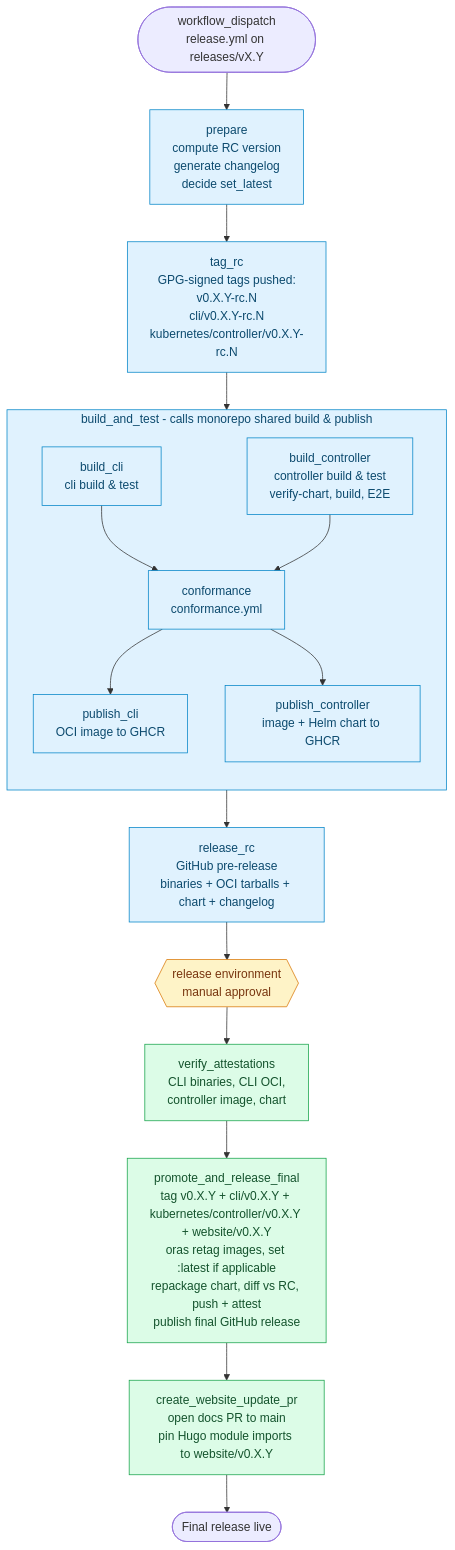
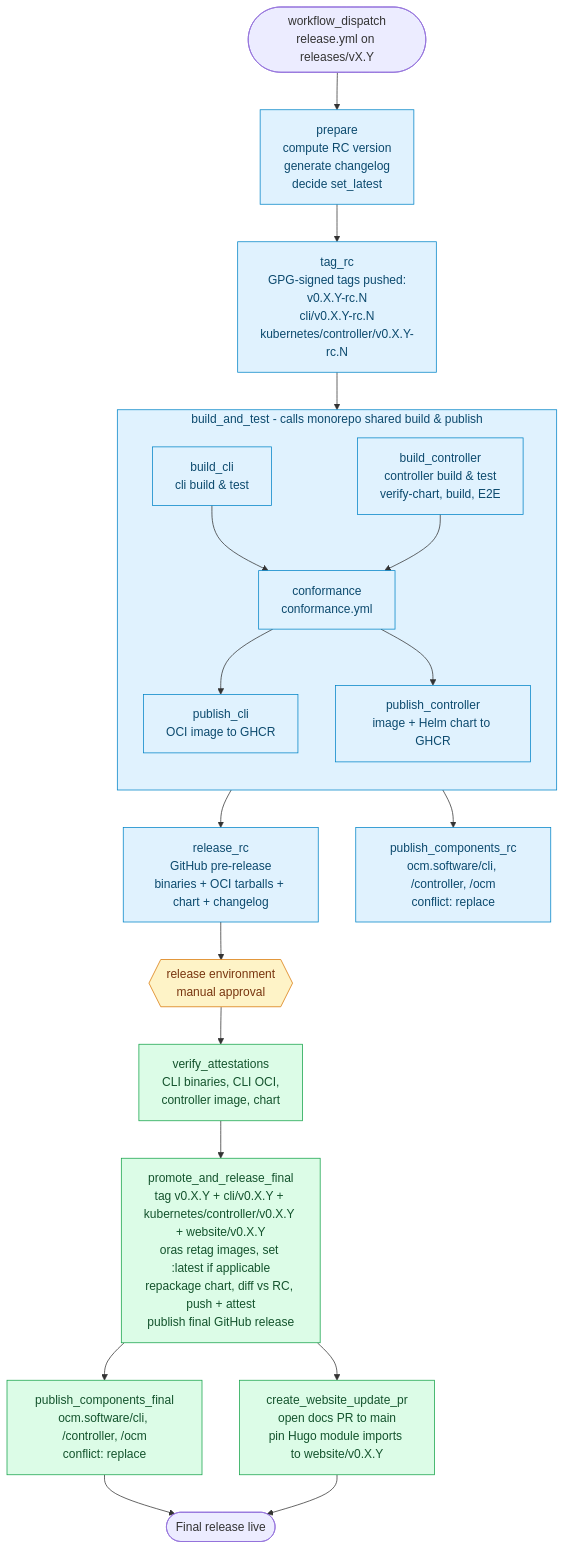
Before and after one commit to open-component-model/open-component-model: the second of 2 diagrams in RELEASE_PROCESS.md, drawn with Mermaid. The commit also changed other lines of this file and 3 other files, not shown here.

First line of the commit message:
feat(release): publish OCM component-versions for CLI, controller and product

````diff
--- a/RELEASE_PROCESS.md
+++ b/RELEASE_PROCESS.md
@@ -58,36 +58,39 @@
 ```mermaid
 flowchart TD
     Start([workflow_dispatch<br/>release.yml on releases/vX.Y])
     Start --> Prepare[prepare<br/>compute RC version<br/>generate changelog<br/>decide set_latest]
     Prepare --> TagRC[tag_rc<br/>GPG-signed tags pushed:<br/>v0.X.Y-rc.N<br/>cli/v0.X.Y-rc.N<br/>kubernetes/controller/v0.X.Y-rc.N]
     TagRC --> Pipeline
 
     subgraph Pipeline["build_and_test - calls monorepo shared build & publish"]
         direction TB
         BuildCLI["build_cli<br/>cli build & test"]
         BuildCtl["build_controller<br/>controller build & test<br/>verify-chart, build, E2E"]
         Conf[conformance<br/>conformance.yml]
         PubCLI[publish_cli<br/>OCI image to GHCR]
         PubCtl[publish_controller<br/>image + Helm chart to GHCR]
 
         BuildCLI --> Conf
         BuildCtl --> Conf
         Conf --> PubCLI
         Conf --> PubCtl
     end
 
     Pipeline --> ReleaseRC[release_rc<br/>GitHub pre-release<br/>binaries + OCI tarballs + chart + changelog]
+    Pipeline --> PubCompRC[publish_components_rc<br/>ocm.software/cli, /controller, /ocm<br/>conflict: replace]
     ReleaseRC --> Gate{{release environment<br/>manual approval}}
     Gate --> Verify[verify_attestations<br/>CLI binaries, CLI OCI,<br/>controller image, chart]
     Verify --> Promote[promote_and_release_final<br/>tag v0.X.Y + cli/v0.X.Y + kubernetes/controller/v0.X.Y + website/v0.X.Y<br/>oras retag images, set :latest if applicable<br/>repackage chart, diff vs RC, push + attest<br/>publish final GitHub release]
+    Promote --> PubCompFinal[publish_components_final<br/>ocm.software/cli, /controller, /ocm<br/>conflict: replace]
     Promote --> WebsiteDocs[create_website_update_pr<br/>open docs PR to main<br/>pin Hugo module imports to website/v0.X.Y]
-    WebsiteDocs --> End([Final release live])
+    PubCompFinal --> End([Final release live])
+    WebsiteDocs --> End
 
     classDef rc fill:#e0f2fe,stroke:#0284c7,color:#0c4a6e
     classDef final fill:#dcfce7,stroke:#16a34a,color:#14532d
     classDef gate fill:#fef3c7,stroke:#d97706,color:#78350f
 
-    class Prepare,TagRC,Pipeline,ReleaseRC,BuildCLI,BuildCtl,Conf,PubCLI,PubCtl rc
-    class Verify,Promote,WebsiteDocs final
+    class Prepare,TagRC,Pipeline,ReleaseRC,PubCompRC,BuildCLI,BuildCtl,Conf,PubCLI,PubCtl rc
+    class Verify,Promote,PubCompFinal,WebsiteDocs final
     class Gate gate
 ```
````
